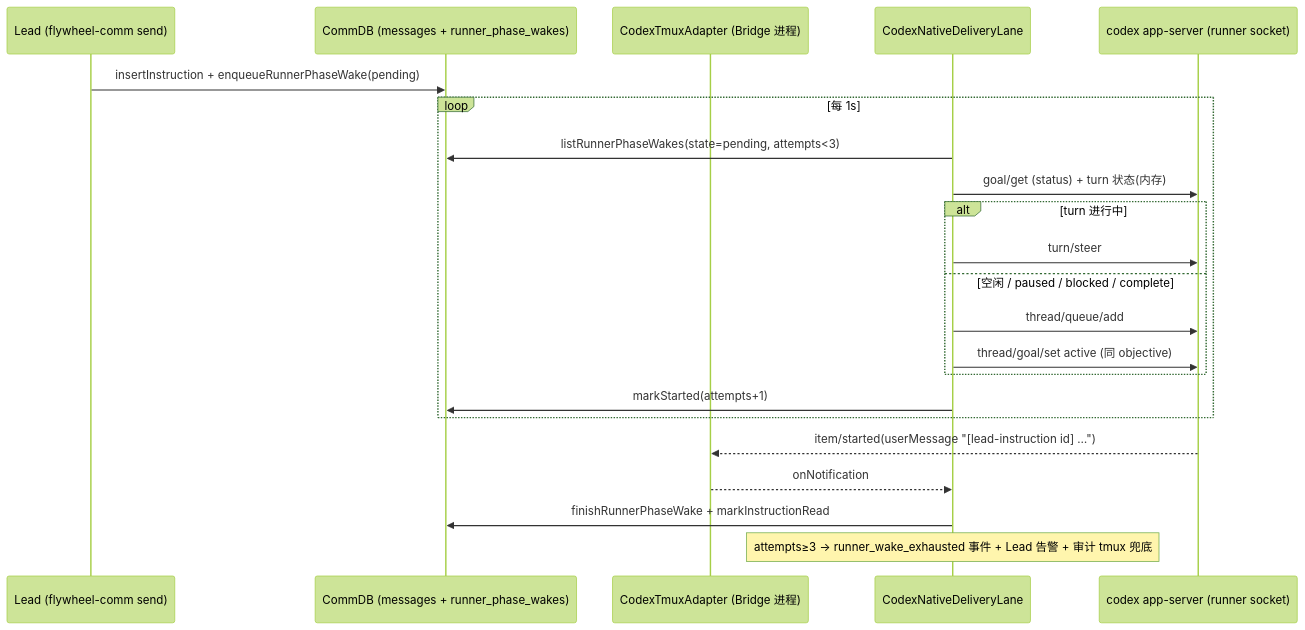
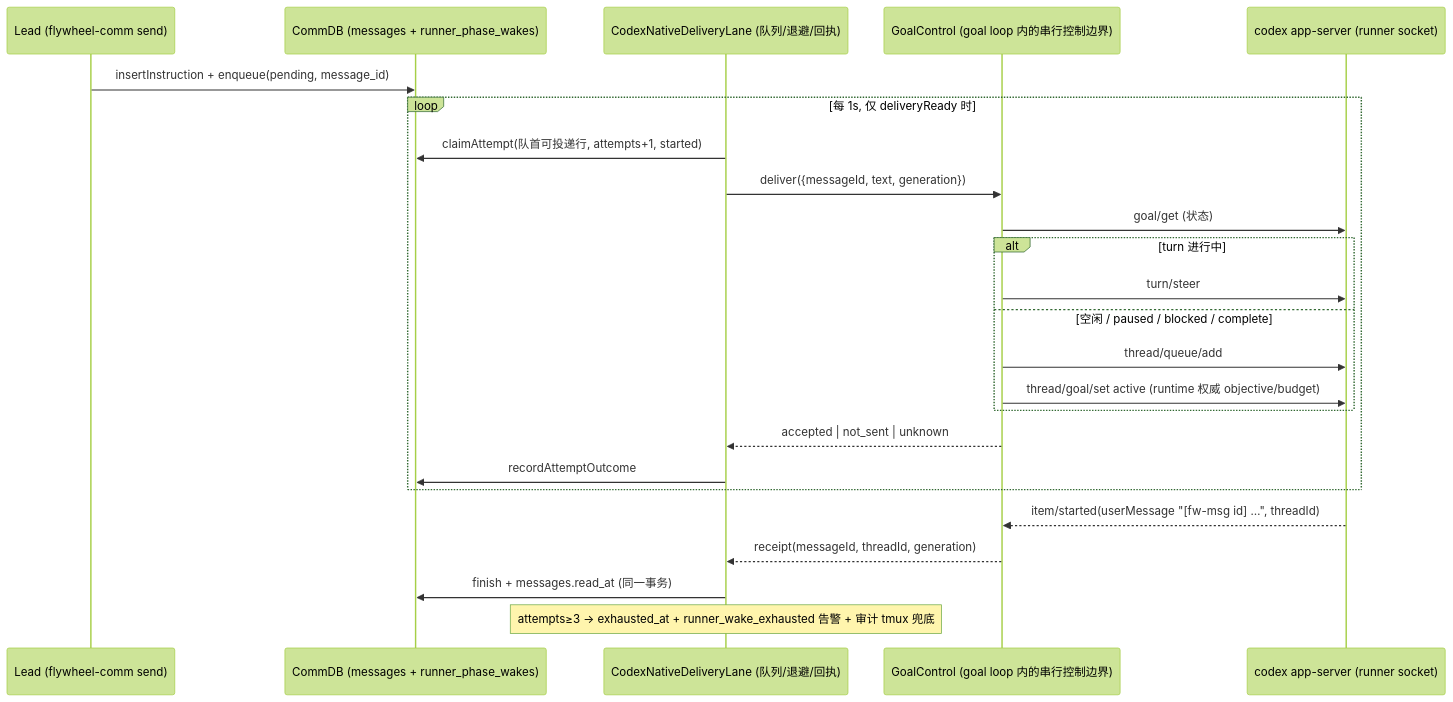
One commit to xrliAnnie/flywheel-qa-sandbox changed the diagram in engineering/doc/FLY-2127-codex-native-wake/plan.md. Above: the diagram before and after it, drawn with Mermaid (forest theme). The commit also changed other lines of this file, not shown here.

Commit message:
docs(FLY-2127): plan R2 — fold Codex design review round 1 (12 findings)

````diff
--- a/engineering/doc/FLY-2127-codex-native-wake/plan.md
+++ b/engineering/doc/FLY-2127-codex-native-wake/plan.md
@@ -17,25 +18,27 @@
 ```mermaid
 sequenceDiagram
     participant L as Lead (flywheel-comm send)
     participant DB as CommDB (messages + runner_phase_wakes)
-    participant A as CodexTmuxAdapter (Bridge 进程)
-    participant N as CodexNativeDeliveryLane
+    participant N as CodexNativeDeliveryLane (队列/退避/回执)
+    participant C as GoalControl (goal loop 内的串行控制边界)
     participant D as codex app-server (runner socket)
 
-    L->>DB: insertInstruction + enqueueRunnerPhaseWake(pending)
-    loop 每 1s
-        N->>DB: listRunnerPhaseWakes(state=pending, attempts<3)
-        N->>D: goal/get (status) + turn 状态(内存)
+    L->>DB: insertInstruction + enqueue(pending, message_id)
+    loop 每 1s, 仅 deliveryReady 时
+        N->>DB: claimAttempt(队首可投递行, attempts+1, started)
+        N->>C: deliver({messageId, text, generation})
+        C->>D: goal/get (状态) 
         alt turn 进行中
-            N->>D: turn/steer
+            C->>D: turn/steer
         else 空闲 / paused / blocked / complete
-            N->>D: thread/queue/add
-            N->>D: thread/goal/set active (同 objective)
+            C->>D: thread/queue/add
+            C->>D: thread/goal/set active (runtime 权威 objective/budget)
         end
-        N->>DB: markStarted(attempts+1)
+        C-->>N: accepted | not_sent | unknown
+        N->>DB: recordAttemptOutcome
     end
-    D-->>A: item/started(userMessage "[lead-instruction id] …")
-    A-->>N: onNotification
-    N->>DB: finishRunnerPhaseWake + markInstructionRead
-    Note over N: attempts≥3 → runner_wake_exhausted 事件 + Lead 告警 + 审计 tmux 兜底
+    D-->>C: item/started(userMessage "[fw-msg id] …", threadId)
+    C-->>N: receipt(messageId, threadId, generation)
+    N->>DB: finish + messages.read_at (同一事务)
+    Note over N: attempts≥3 → exhausted_at + runner_wake_exhausted 告警 + 审计 tmux 兜底
 ```
````
